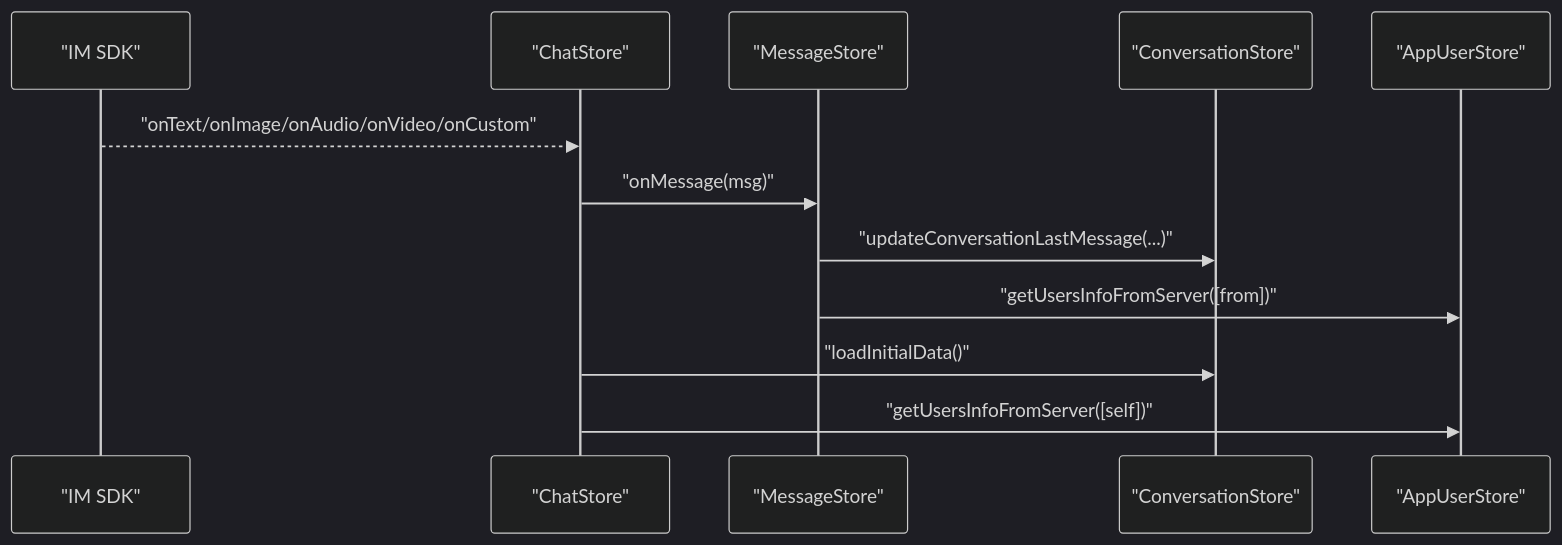
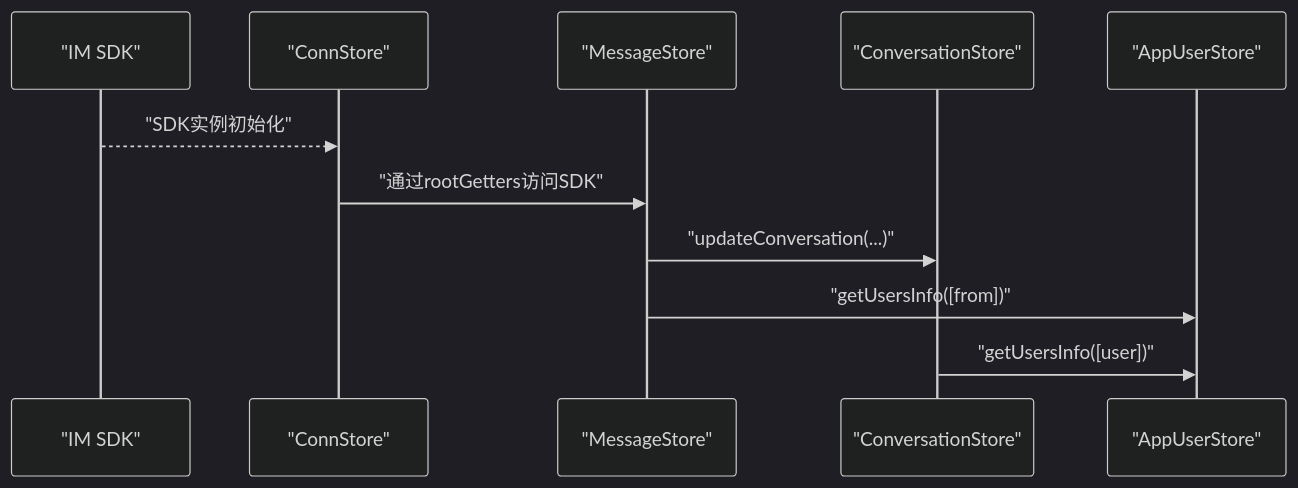
The second of 3 diagrams in .qoder/repowiki/zh/content/核心架构/Store状态管理系统架构/Store状态管理系统架构.md (Easemob-Community/easemob-uikit-uniapp-community), drawn with Mermaid (dark theme) before and after one commit. The commit also changed other lines of this file and 14 other files, not shown here.

````diff
--- a/.qoder/repowiki/zh/content/核心架构/Store状态管理系统架构/Store状态管理系统架构.md
+++ b/.qoder/repowiki/zh/content/核心架构/Store状态管理系统架构/Store状态管理系统架构.md
@@ -131,14 +111,13 @@
 ```mermaid
 sequenceDiagram
 participant SDK as "IM SDK"
-participant Chat as "ChatStore"
+participant Conn as "ConnStore"
 participant Msg as "MessageStore"
 participant Conv as "ConversationStore"
 participant AppUser as "AppUserStore"
-SDK-->>Chat : "onText/onImage/onAudio/onVideo/onCustom"
-Chat->>Msg : "onMessage(msg)"
-Msg->>Conv : "updateConversationLastMessage(...)"
-Msg->>AppUser : "getUsersInfoFromServer([from])"
-Chat->>Conv : "loadInitialData()"
-Chat->>AppUser : "getUsersInfoFromServer([self])"
+SDK-->>Conn : "SDK实例初始化"
+Conn->>Msg : "通过rootGetters访问SDK"
+Msg->>Conv : "updateConversation(...)"
+Msg->>AppUser : "getUsersInfo([from])"
+Conv->>AppUser : "getUsersInfo([user])"
 ```
````
